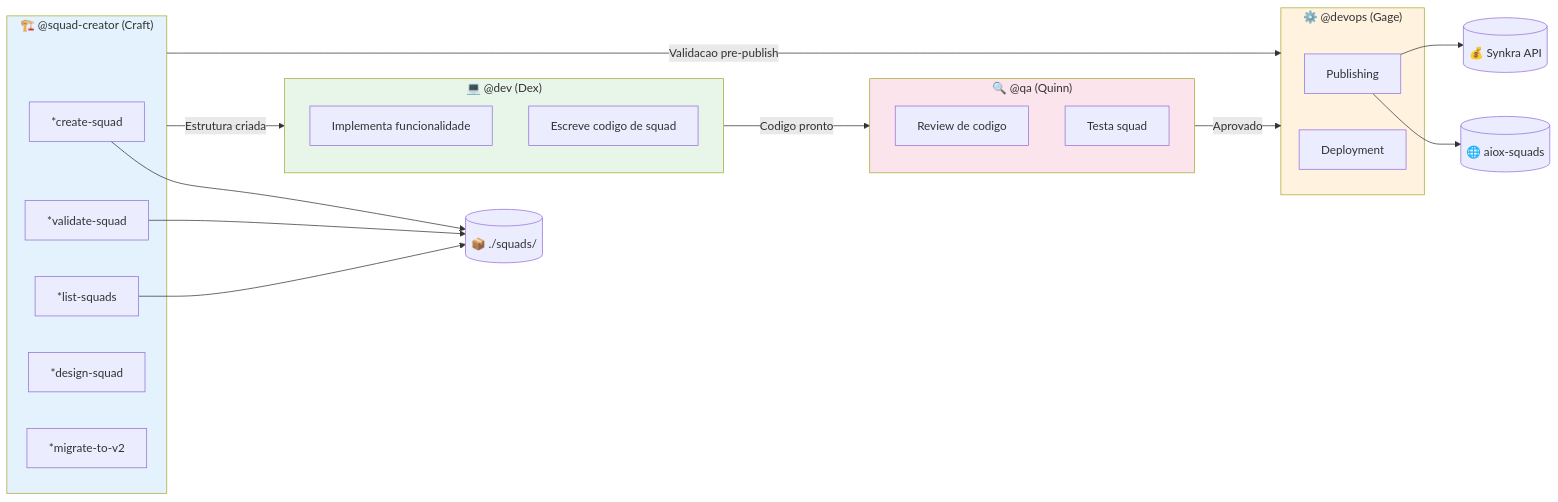
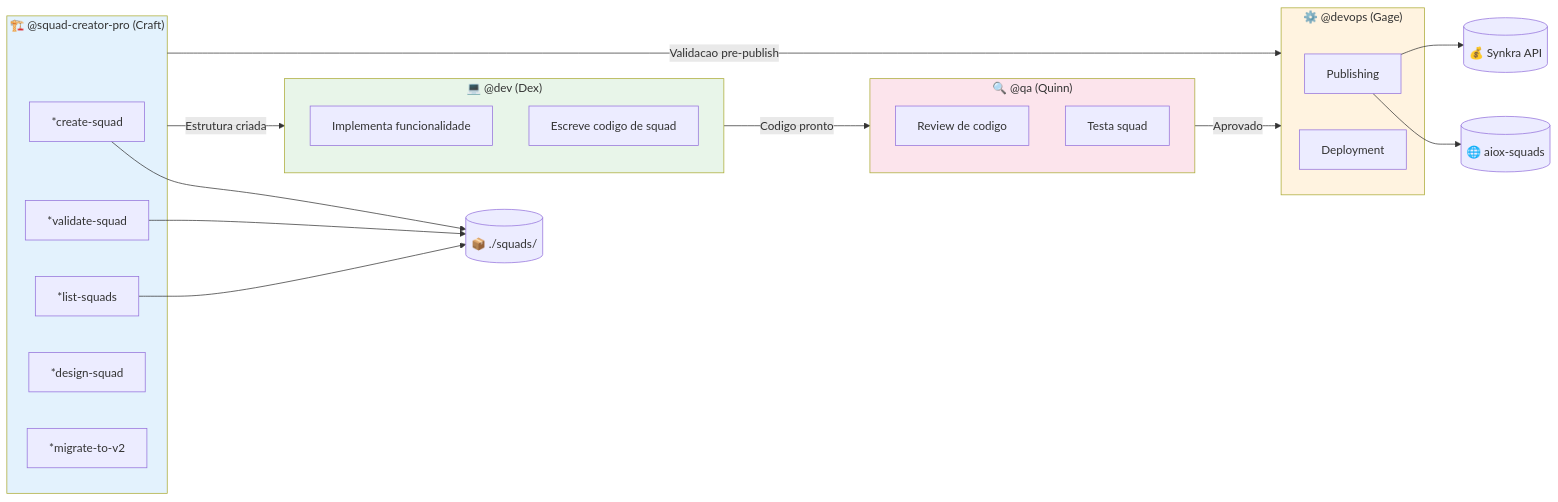
One commit to gigio-cangini-mentor/sei-la changed the fifth of 6 diagrams in docs/aiox-agent-flows/squad-creator-system.md. Above: the diagram before and after it, drawn with Mermaid. The commit also changed other lines of this file and 672 other files, not shown here.

First line of the commit message:
chore: update-squads fase 2 — SILVER→GOLD upgrade + rename squad-creator-pro + cleanup

````diff
--- a/docs/aiox-agent-flows/squad-creator-system.md
+++ b/docs/aiox-agent-flows/squad-creator-system.md
@@ -427,45 +427,45 @@
 ```mermaid
 flowchart LR
-    subgraph SQUAD_CREATOR["🏗️ @squad-creator (Craft)"]
+    subgraph SQUAD_CREATOR["🏗️ @squad-creator-pro (Craft)"]
         SC_CREATE["*create-squad"]
         SC_VALIDATE["*validate-squad"]
         SC_LIST["*list-squads"]
         SC_DESIGN["*design-squad"]
         SC_MIGRATE["*migrate-to-v2"]
     end
 
     subgraph DEV["💻 @dev (Dex)"]
         DEV_IMPL["Implementa funcionalidade"]
         DEV_CODE["Escreve codigo de squad"]
     end
 
     subgraph QA["🔍 @qa (Quinn)"]
         QA_REVIEW["Review de codigo"]
         QA_TEST["Testa squad"]
     end
 
     subgraph DEVOPS["⚙️ @devops (Gage)"]
         DEVOPS_PUB["Publishing"]
         DEVOPS_DEPLOY["Deployment"]
     end
 
     SQUAD_CREATOR -->|"Estrutura criada"| DEV
     DEV -->|"Codigo pronto"| QA
     QA -->|"Aprovado"| DEVOPS
     SQUAD_CREATOR -->|"Validacao pre-publish"| DEVOPS
 
     SQUADS[("📦 ./squads/")]
     AIOX_SQUADS[("🌐 aiox-squads")]
     SYNKRA[("💰 Synkra API")]
 
     SC_CREATE --> SQUADS
     SC_VALIDATE --> SQUADS
     SC_LIST --> SQUADS
     DEVOPS_PUB --> AIOX_SQUADS
     DEVOPS_PUB --> SYNKRA
 
     style SQUAD_CREATOR fill:#e3f2fd
     style DEV fill:#e8f5e9
     style QA fill:#fce4ec
     style DEVOPS fill:#fff3e0
 ```
````
